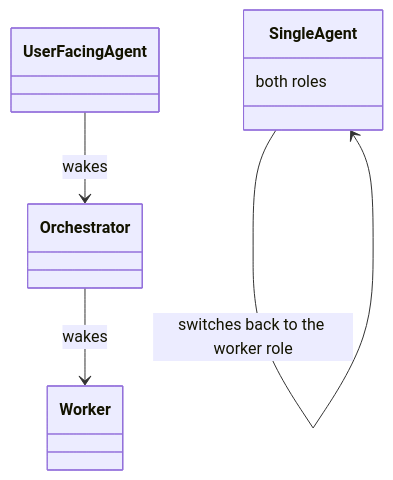
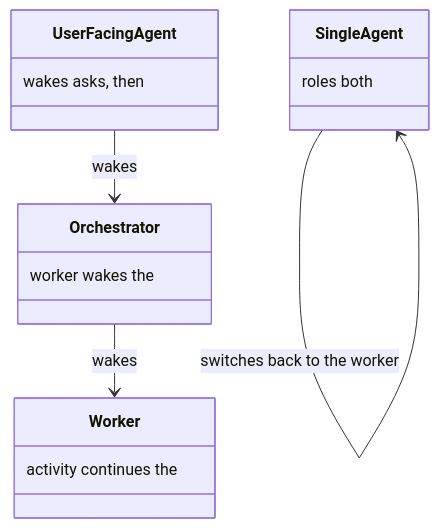
Diagram 14 of 22 in docs/checkpoint.md (m2ux/workflow-server), drawn with Mermaid before and after one commit. The commit also changed other lines of this file and 13 other files, not shown here.

````diff
--- a/docs/checkpoint.md
+++ b/docs/checkpoint.md
@@ -230,12 +264,18 @@
 ```mermaid
 classDiagram
-  class UserFacingAgent
-  class Orchestrator
-  class Worker
+  class UserFacingAgent {
+    wakes asks, then
+  }
+  class Orchestrator {
+    worker wakes the
+  }
+  class Worker {
+    activity continues the
+  }
   class SingleAgent {
-    both roles
+    roles both
   }
   UserFacingAgent --> Orchestrator : wakes
   Orchestrator --> Worker : wakes
-  SingleAgent --> SingleAgent : switches back to the worker role
+  SingleAgent --> SingleAgent : switches back to the worker
 ```
````
